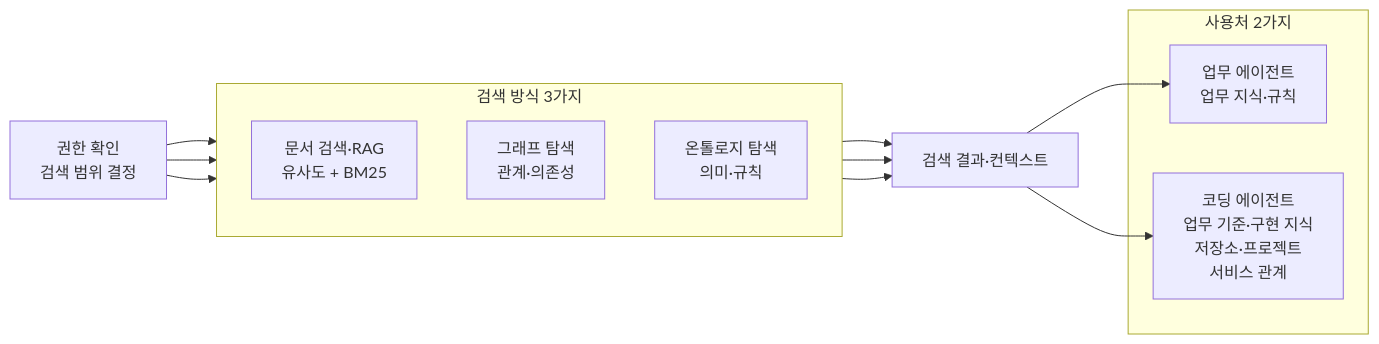
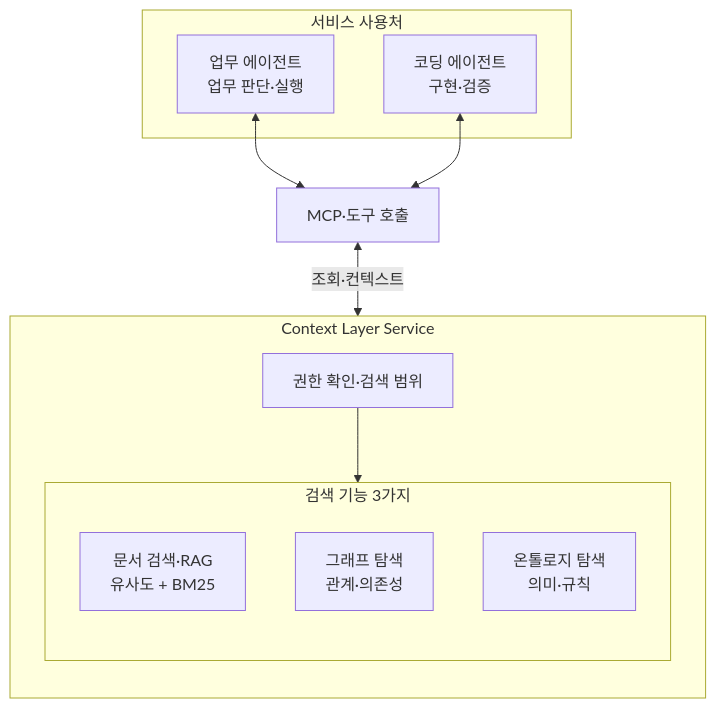
Before and after one commit to haandol/haandol.github.com: the fourth of 6 diagrams in _posts/2026-11-05-enterprise-wide-ax-essentials.md, drawn with Mermaid. The commit also changed other lines of this file and 5 other files, not shown here.

````diff
--- a/_posts/2026-11-05-enterprise-wide-ax-essentials.md
+++ b/_posts/2026-11-05-enterprise-wide-ax-essentials.md
@@ -168,22 +165,21 @@
 ```mermaid
-flowchart LR
-  P["권한 확인<br/>검색 범위 결정"]
-  subgraph K["검색 방식 3가지"]
+flowchart TB
+  subgraph U["서비스 사용처"]
+    B["업무 에이전트<br/>업무 판단·실행"]
+    D["코딩 에이전트<br/>구현·검증"]
+  end
+  B <--> M["MCP·도구 호출"]
+  D <--> M
+  M <-->|"조회·컨텍스트"| S
+  subgraph S["Context Layer Service"]
     direction TB
-    R["문서 검색·RAG<br/>유사도 + BM25"]
-    G["그래프 탐색<br/>관계·의존성"]
-    O["온톨로지 탐색<br/>의미·규칙"]
+    P["권한 확인·검색 범위"]
+    subgraph Q["검색 기능 3가지"]
+      direction TB
+      R["문서 검색·RAG<br/>유사도 + BM25"]
+      G["그래프 탐색<br/>관계·의존성"]
+      O["온톨로지 탐색<br/>의미·규칙"]
+    end
+    P --> Q
   end
-  P --> R
-  P --> G
-  P --> O
-  R --> C["검색 결과·컨텍스트"]
-  G --> C
-  O --> C
-  subgraph U["사용처 2가지"]
-    B["업무 에이전트<br/>업무 지식·규칙"]
-    D["코딩 에이전트<br/>업무 기준·구현 지식<br/>저장소·프로젝트<br/>서비스 관계"]
-  end
-  C --> B
-  C --> D
 ```
````
